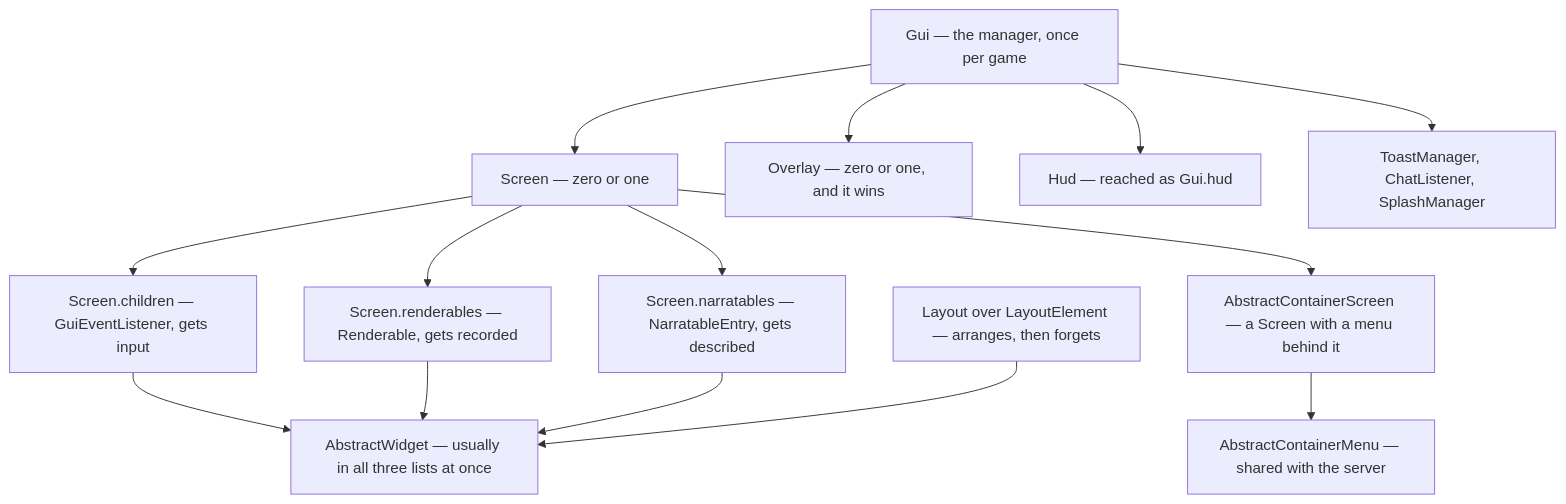
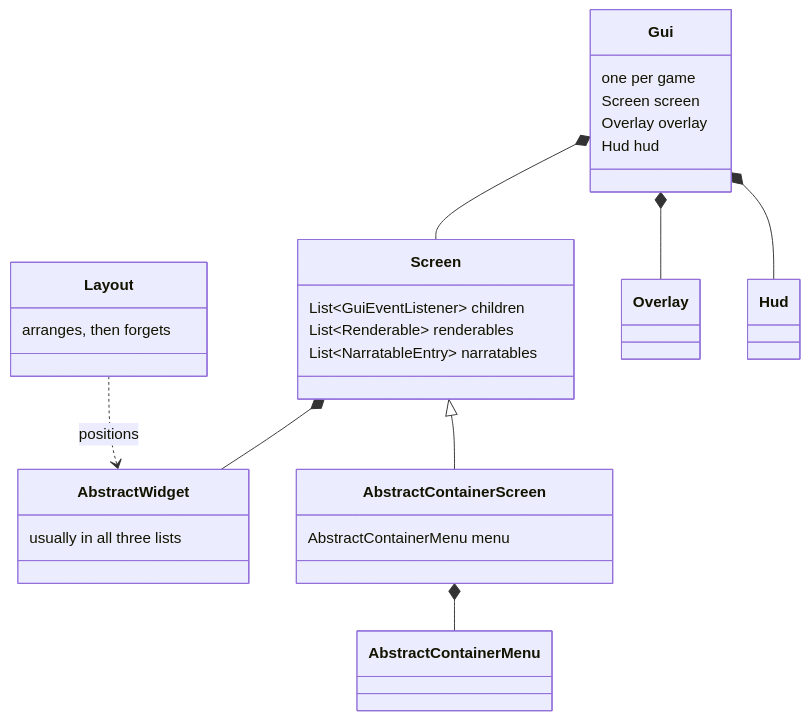
One commit to AlexanderjFraser/MinecraftDocs changed the first of 2 diagrams in src/systems/client/gui-and-screens.md. Above: the diagram before and after it, drawn with Mermaid. The commit also changed other lines of this file and 18 other files, not shown here.

````diff
--- a/src/systems/client/gui-and-screens.md
+++ b/src/systems/client/gui-and-screens.md
@@ -41,28 +41,30 @@
 ```mermaid
-flowchart TD
-    Gui["Gui — the manager, once per game"]
-    Screen["Screen — zero or one"]
-    Overlay["Overlay — zero or one, and it wins"]
-    Hud["Hud — reached as Gui.hud"]
-    Toasts["ToastManager, ChatListener, SplashManager"]
-    Children["Screen.children — GuiEventListener, gets input"]
-    Rend["Screen.renderables — Renderable, gets recorded"]
-    Narr["Screen.narratables — NarratableEntry, gets described"]
-    Widget["AbstractWidget — usually in all three lists at once"]
-    Layout["Layout over LayoutElement — arranges, then forgets"]
-    ACS["AbstractContainerScreen — a Screen with a menu behind it"]
-    Menu["AbstractContainerMenu — shared with the server"]
-    Gui --> Screen
-    Gui --> Overlay
-    Gui --> Hud
-    Gui --> Toasts
-    Screen --> Children
-    Screen --> Rend
-    Screen --> Narr
-    Children --> Widget
-    Rend --> Widget
-    Narr --> Widget
-    Layout --> Widget
-    Screen --> ACS
-    ACS --> Menu
+classDiagram
+    class Gui {
+        one per game
+        Screen screen
+        Overlay overlay
+        Hud hud
+    }
+    class Screen {
+        List~GuiEventListener~ children
+        List~Renderable~ renderables
+        List~NarratableEntry~ narratables
+    }
+    class AbstractWidget {
+        usually in all three lists
+    }
+    class AbstractContainerScreen {
+        AbstractContainerMenu menu
+    }
+    class Layout {
+        arranges, then forgets
+    }
+    Gui *-- Screen
+    Gui *-- Overlay
+    Gui *-- Hud
+    Screen *-- AbstractWidget
+    Screen <|-- AbstractContainerScreen
+    AbstractContainerScreen *-- AbstractContainerMenu
+    Layout ..> AbstractWidget : positions
 ```
````
